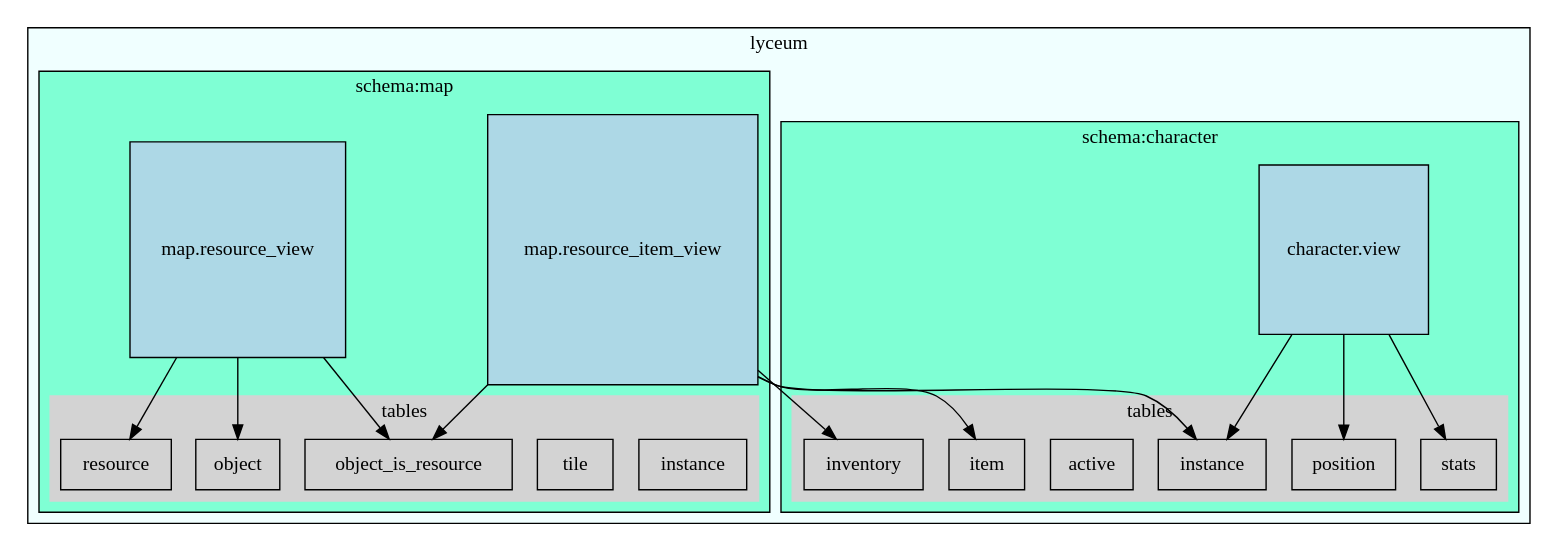
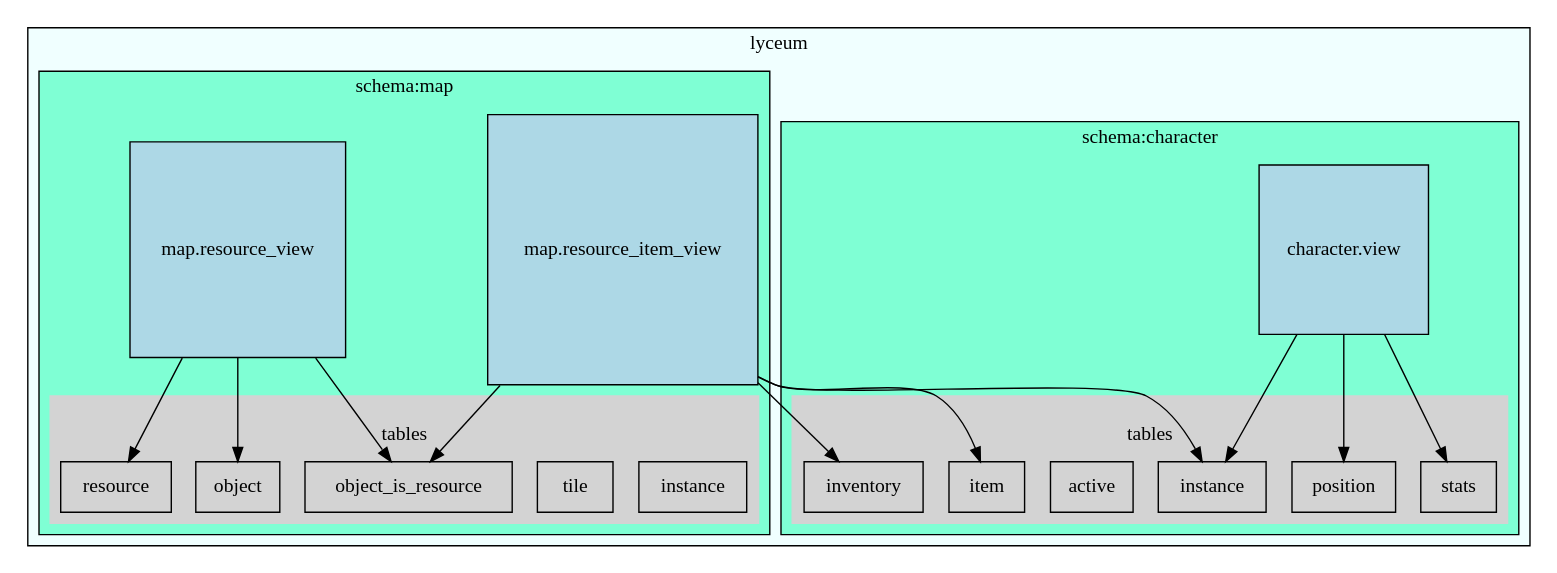
Before and after one commit to dont-rely-on-nulls/gambiconf-2025: diagram 20 of 22 in presentation.org, drawn with Graphviz. The commit also changed other lines of this file and 1 other file, not shown here.

Commit message:
org: improve presentation pacing

```diff
--- a/presentation.org
+++ b/presentation.org
@@ -1325,63 +1329,63 @@
 #+BEGIN_SRC dot :file ./img/postgresql_schemas.png :cmdline -Kdot -Tpng :exports results
-digraph G {
-    graph [splines=true, rankdir=TD];
+digraph g {
+    graph [splines=true, rankdir=td];
 
     subgraph cluster_pg {
         label="lyceum"
         bgcolor="azure"
 
         subgraph cluster_sc {
             label="schema:character";
             bgcolor="aquamarine"
 
             subgraph cluster_ct {
-                label="tables";
+                label="\ntables";
                 style=filled;
                 color=lightgray;
 
                 c_instance [label="instance"; shape=box];
                 c_stats [label="stats"; shape=box];
                 c_position [label="position"; shape=box];
                 c_active [label="active"; shape=box];
                 c_item [label="item"; shape=box];
                 c_inventory [label="inventory"; shape=box];
             }
 
             character_view [label="character.view", shape=square, style=filled, fillcolor=lightblue];
             character_view -> c_instance;
             character_view -> c_stats;
             character_view -> c_position;
         }
 
 
         subgraph cluster_sm {
             label="schema:map";
             bgcolor="aquamarine"
 
             subgraph cluster_mt {
-                label="tables";
+                label="\ntables";
                 style=filled;
                 color=lightgray;
 
                 m_instance [label="instance"; shape=box];
                 m_tile [label="tile"; shape=box];
                 m_object [label="object"; shape=box];
                 m_object_is_resource [label="object_is_resource"; shape=box];
                 m_resource [label="resource"; shape=box];
             }
 
             map_resource_item_view [label="map.resource_item_view", shape=square, style=filled, fillcolor=lightblue];
             map_resource_view [label="map.resource_view", shape=square, style=filled, fillcolor=lightblue];
 
             map_resource_item_view -> c_item;
             map_resource_item_view -> c_inventory;
             map_resource_item_view -> c_instance;
             map_resource_item_view -> m_object_is_resource;
 
             map_resource_view -> m_object;
             map_resource_view -> m_object_is_resource;
             map_resource_view -> m_resource;
         }
     }
 }
 #+END_SRC
```
